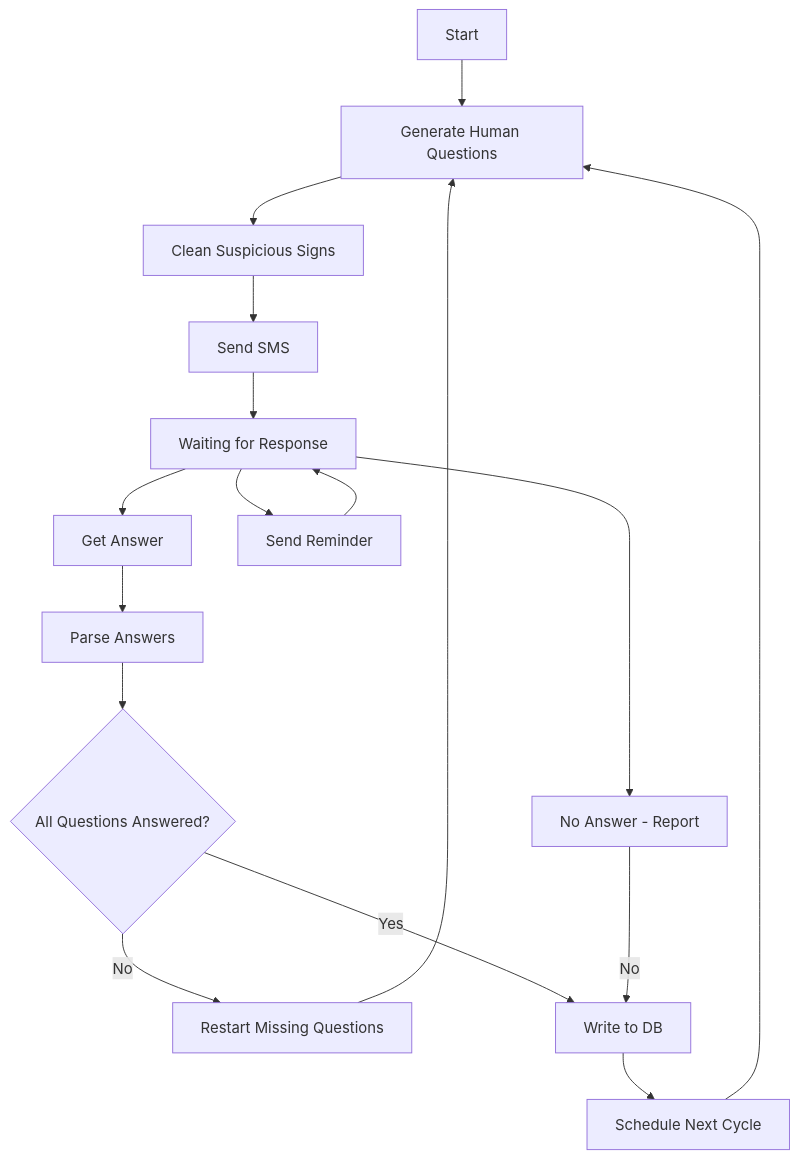
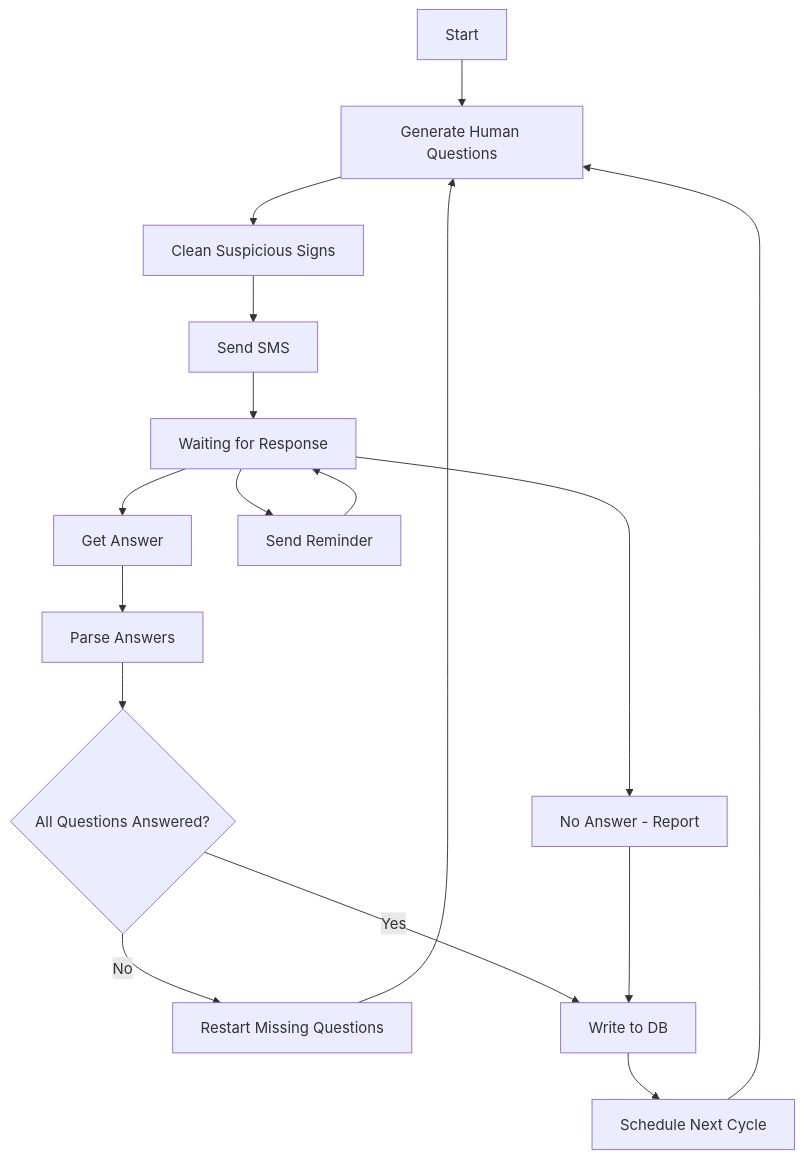
One commit to Elyasaflehrer/reportloop changed the diagram in Architcture.MD. Above: the diagram before and after it, drawn with Mermaid. The commit also changed other lines of this file, not shown here.

````diff
--- a/Architcture.MD
+++ b/Architcture.MD
@@ -49,61 +55,61 @@
 ```mermaid
 graph TD
     start[Start]
 
     %% Question Generation
     genereted_human_questions[Generate Human Questions]
 
     %% SMS / Delivery Layer
     delete_suspicious_signs[Clean Suspicious Signs]
     send_sms[Send SMS]
     waiting_for_response[Waiting for Response]
 
     %% Answer Processing Pipeline
     get_answer[Get Answer]
     parse_answers[Parse Answers]
 
     %% Decision Engine
     all_question_answerd{All Questions Answered?}
 
     %% Retry / Recovery Flow
     start_from_first_if_some_question_not_answerd[Restart Missing Questions]
 
     %% Reminder System
     send_reminder[Send Reminder]
 
     %% Failure Handling
     not_answered_and_report[No Answer - Report]
 
     %% Persistence Layer
     write_to_db[Write to DB]
     schedule_time[Schedule Next Cycle]
 
     %% FLOW: Generation
     start --> genereted_human_questions
     genereted_human_questions --> delete_suspicious_signs
     delete_suspicious_signs --> send_sms
     send_sms --> waiting_for_response
 
     %% FLOW: Response Handling
     waiting_for_response --> get_answer
     get_answer --> parse_answers
     parse_answers --> all_question_answerd
 
     %% DECISION
     all_question_answerd -->|Yes| write_to_db
     all_question_answerd -->|No| start_from_first_if_some_question_not_answerd
 
-    start_from_first_if_some_question_not_answerd--> genereted_human_questions
+    start_from_first_if_some_question_not_answerd --> genereted_human_questions
 
     %% REMINDER LOOP
     waiting_for_response --> send_reminder
     send_reminder --> waiting_for_response
 
     %% FAILURE PATH
     waiting_for_response --> not_answered_and_report
-    not_answered_and_report -->|No| write_to_db
+    not_answered_and_report --> write_to_db
 
     %% SCHEDULING LOOP
     write_to_db --> schedule_time
     schedule_time --> genereted_human_questions
 ```
````
